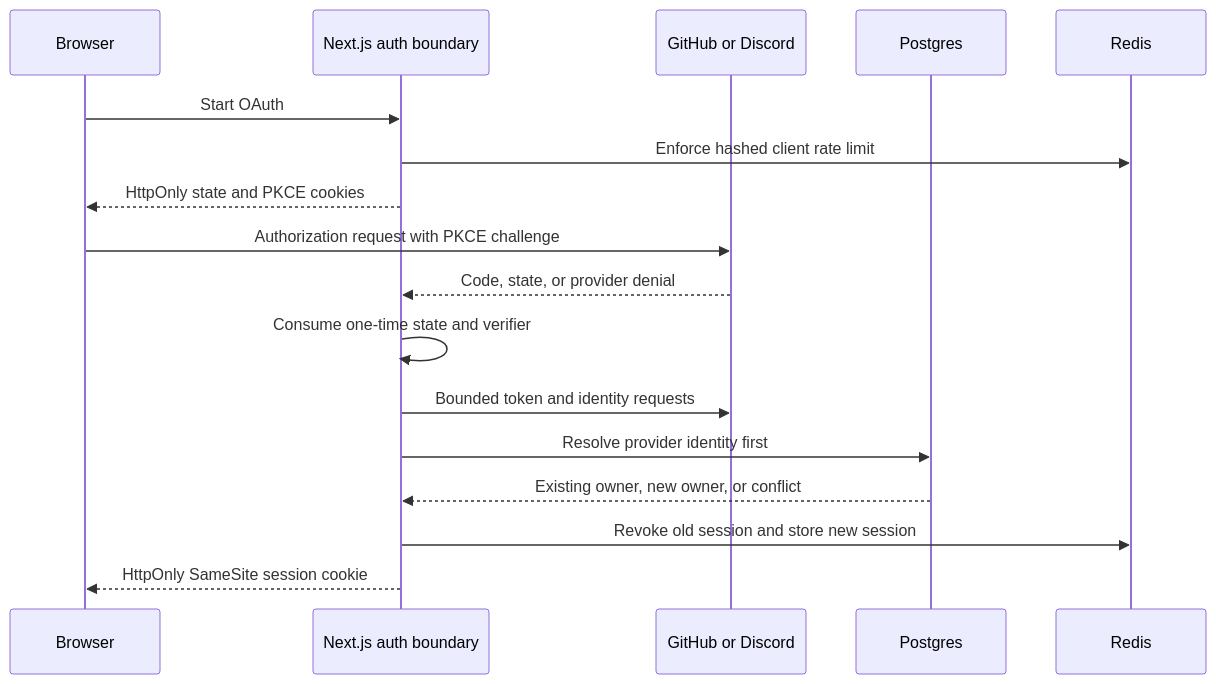
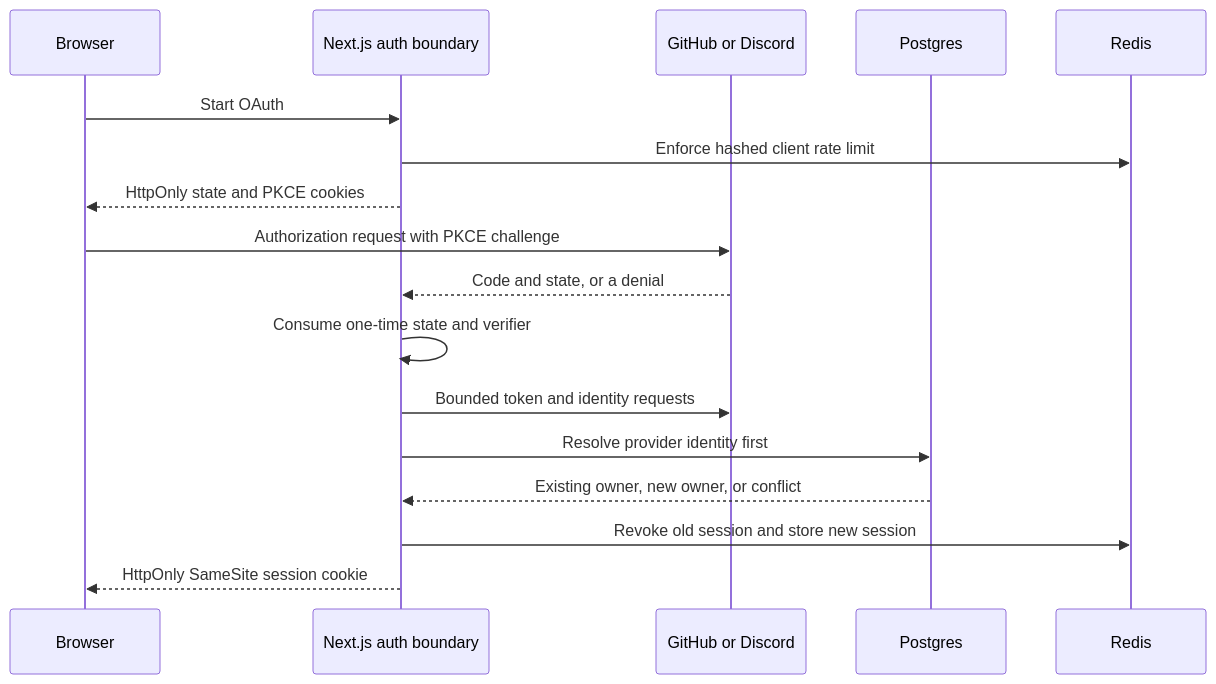
The diagram in docs/architecture.mmd (hskl18/Next.js-OAuth2-Template), drawn with Mermaid before and after one commit. The commit also changed 4 other files, not shown here.

Commit message:
docs: correct the diagram and README points a review found

```diff
--- a/docs/architecture.mmd
+++ b/docs/architecture.mmd
@@ -1,18 +1,19 @@
 sequenceDiagram
     participant Browser
     participant Next as Next.js auth boundary
     participant Provider as GitHub or Discord
     participant Postgres
     participant Redis
 
     Browser->>Next: Start OAuth
     Next->>Redis: Enforce hashed client rate limit
     Next-->>Browser: HttpOnly state and PKCE cookies
     Browser->>Provider: Authorization request with PKCE challenge
-    Provider-->>Next: Code, state, or provider denial
+    Provider-->>Next: Code and state, or a denial
     Next->>Next: Consume one-time state and verifier
     Next->>Provider: Bounded token and identity requests
     Next->>Postgres: Resolve provider identity first
     Postgres-->>Next: Existing owner, new owner, or conflict
     Next->>Redis: Revoke old session and store new session
     Next-->>Browser: HttpOnly SameSite session cookie
+%% Edit this file, then render architecture-light.svg and architecture-dark.svg from it again.
```
